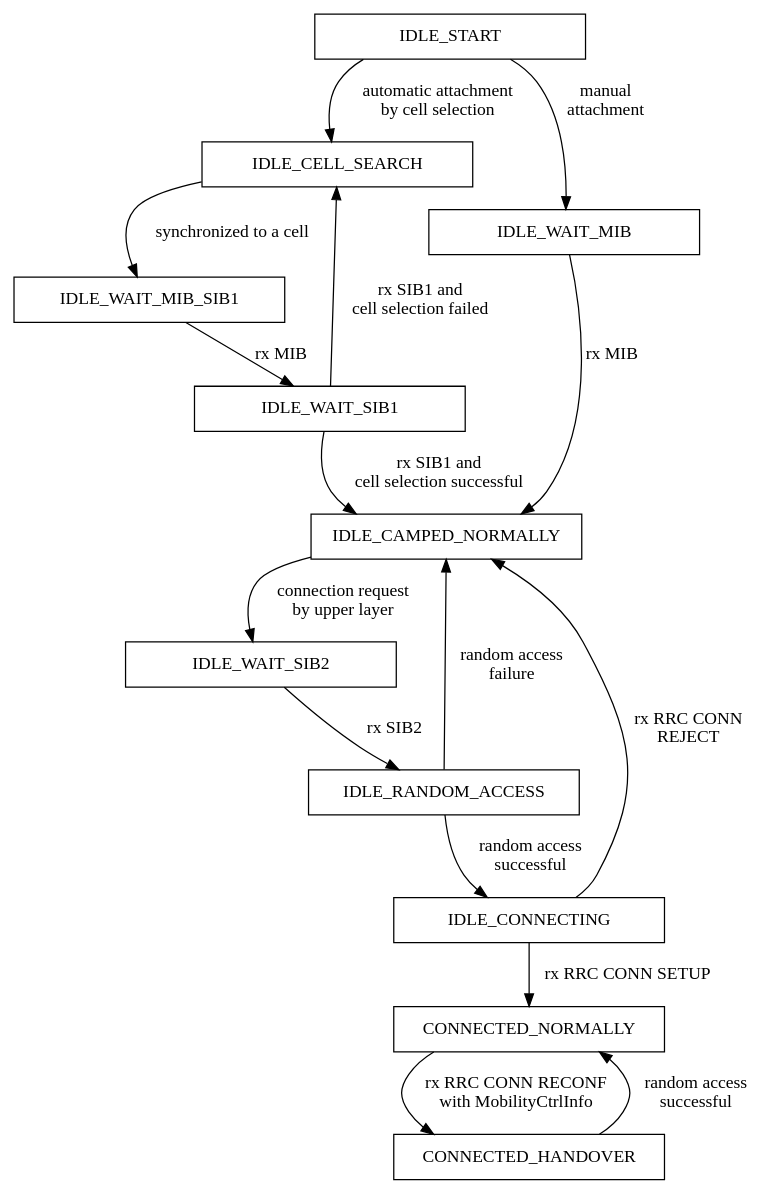
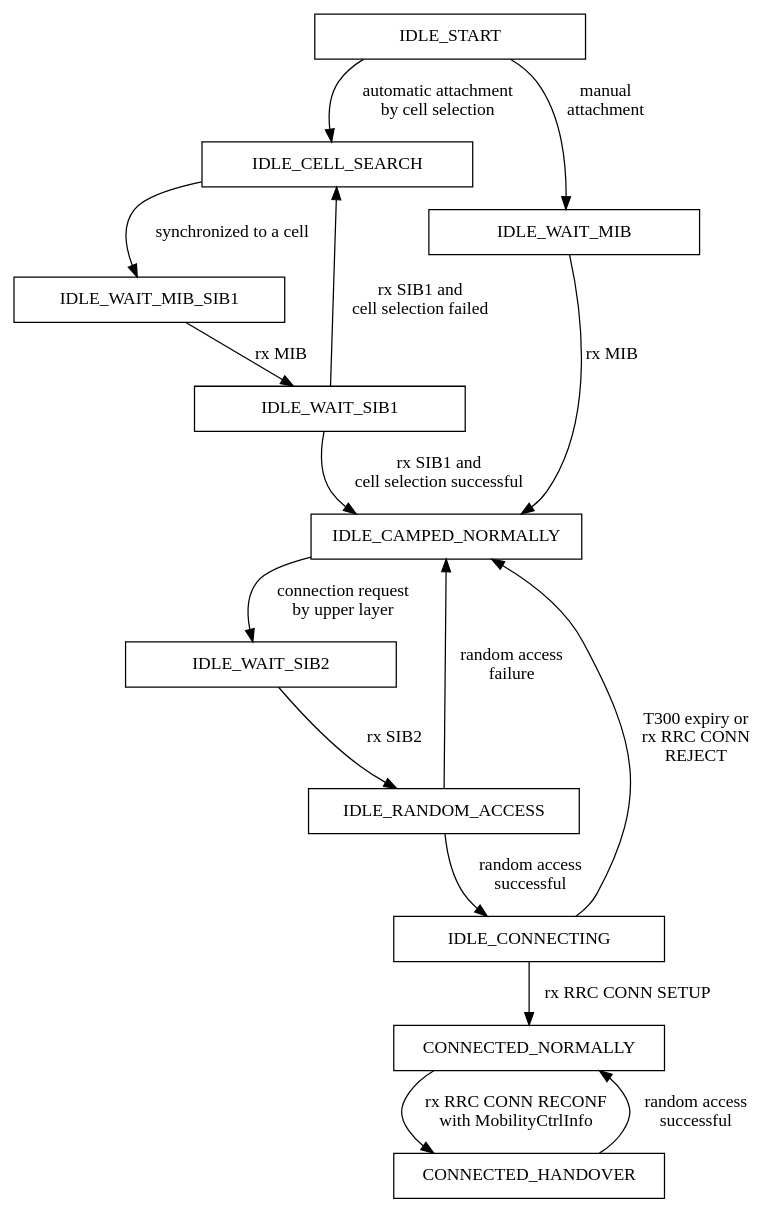
The diagram in src/lte/doc/source/figures/lte-ue-rrc-states.dot (tkn-tub/ns3-gym), drawn with Graphviz before and after one commit. The commit also changed 10 other files, not shown here.

Commit message:
fix Bug 1762 - UE stuck in IDLE_CONNECTING because RRC CONN REQ is not transmitted

```diff
--- a/src/lte/doc/source/figures/lte-ue-rrc-states.dot
+++ b/src/lte/doc/source/figures/lte-ue-rrc-states.dot
@@ -1,38 +1,38 @@
 digraph LteUeRrcStates {
 
 
 IDLE_START [shape="box",width=3]
 IDLE_CELL_SEARCH [shape="box",width=3]
 IDLE_WAIT_MIB_SIB1 [shape="box",width=3]
 IDLE_WAIT_MIB [shape="box",width=3]
 IDLE_WAIT_SIB1 [shape="box",width=3]
 IDLE_CAMPED_NORMALLY [shape="box",width=3]
 IDLE_WAIT_SIB2 [shape="box",width=3]
 IDLE_RANDOM_ACCESS [shape="box",width=3]
 IDLE_CONNECTING [shape="box",width=3]
 CONNECTED_NORMALLY [shape="box",width=3]
 CONNECTED_HANDOVER [shape="box",width=3]
 
 
 // Network attachment
 IDLE_START -> IDLE_WAIT_MIB [label="manual\nattachment"]
 IDLE_START -> IDLE_CELL_SEARCH [label="automatic attachment\nby cell selection"]
 IDLE_CELL_SEARCH -> IDLE_WAIT_MIB_SIB1 [label="synchronized to a cell"]
 IDLE_WAIT_MIB_SIB1 -> IDLE_WAIT_SIB1 [label="rx MIB"]
 IDLE_WAIT_SIB1 -> IDLE_CAMPED_NORMALLY [label="rx SIB1 and\ncell selection successful"]
 IDLE_WAIT_SIB1 -> IDLE_CELL_SEARCH [label="rx SIB1 and\ncell selection failed"]
 IDLE_WAIT_MIB -> IDLE_CAMPED_NORMALLY [label="rx MIB"]
 IDLE_CAMPED_NORMALLY -> IDLE_WAIT_SIB2 [label="connection request\nby upper layer"]
 
 // Connection establishment
 IDLE_WAIT_SIB2 -> IDLE_RANDOM_ACCESS [label="rx SIB2"]
 IDLE_RANDOM_ACCESS -> IDLE_CONNECTING [label="random access\nsuccessful"]
 IDLE_RANDOM_ACCESS -> IDLE_CAMPED_NORMALLY [label="random access\nfailure"]
 IDLE_CONNECTING -> CONNECTED_NORMALLY [label="rx RRC CONN SETUP"]
-IDLE_CONNECTING -> IDLE_CAMPED_NORMALLY [label="rx RRC CONN\nREJECT"]
+IDLE_CONNECTING -> IDLE_CAMPED_NORMALLY [label="T300 expiry or\nrx RRC CONN\nREJECT"]
 
 // Handover
 CONNECTED_NORMALLY -> CONNECTED_HANDOVER [label="rx RRC CONN RECONF\nwith MobilityCtrlInfo"]
 CONNECTED_HANDOVER -> CONNECTED_NORMALLY [label="random access\nsuccessful"]
 
 }
```
